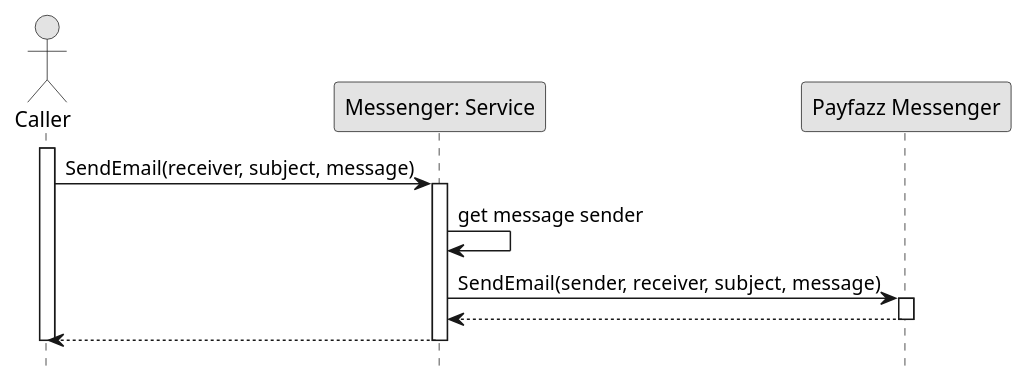
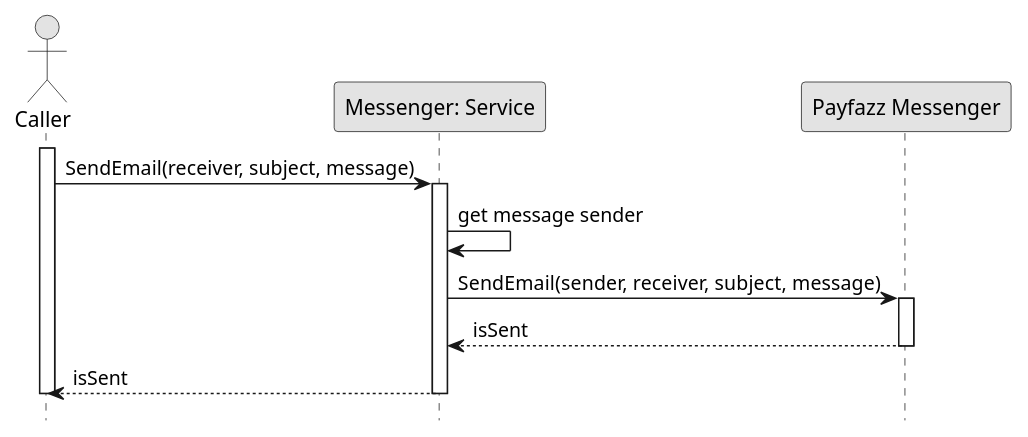
One commit to fwidjaya20/fazzlearning-uml changed the diagram in Sequence/Release04/SendEmail.wsd. Above: the diagram before and after it, drawn with PlantUML. The commit also changed 13 other files, not shown here.

Commit message:
fix(sequence): adding return wording

```diff
--- a/Sequence/Release04/SendEmail.wsd
+++ b/Sequence/Release04/SendEmail.wsd
@@ -1,26 +1,26 @@
 @startuml SendEmail
 
 skinparam ConditionStyle hline
 skinparam Monochrome true
 skinparam Shadowing false
 hide footbox
 
 actor Caller
 participant "Messenger: Service" as MessengerService
 participant "Payfazz Messenger" as PayfazzMessenger
 
 activate Caller
 
 Caller->MessengerService: SendEmail(receiver, subject, message)
 activate MessengerService
 MessengerService->MessengerService: get message sender
 MessengerService->PayfazzMessenger: SendEmail(sender, receiver, subject, message)
 activate PayfazzMessenger
-PayfazzMessenger-->MessengerService
+PayfazzMessenger-->MessengerService: isSent
 deactivate PayfazzMessenger
-MessengerService-->Caller
+MessengerService-->Caller: isSent
 deactivate MessengerService
 
 deactivate Caller
 
 @enduml
```
